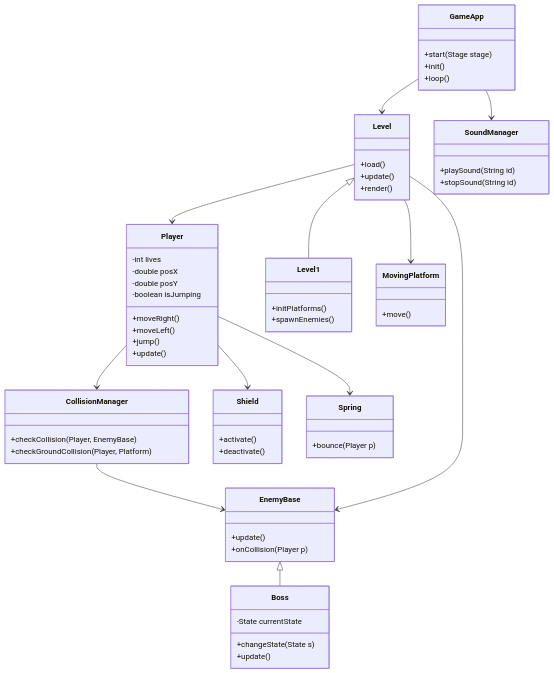
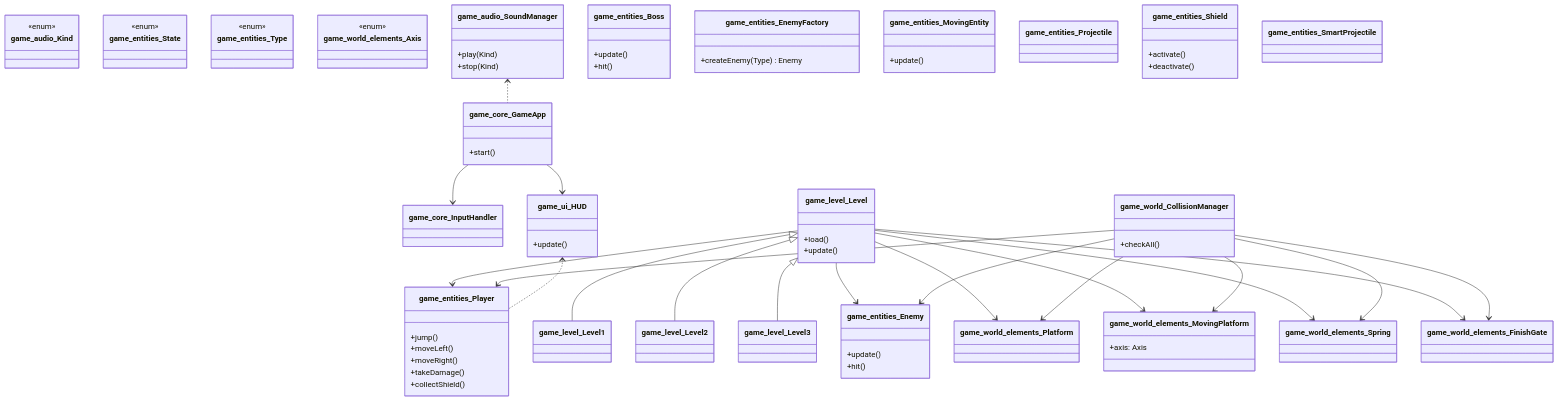
The first of 2 diagrams in README.md (FilippoForcellini/SonicX), drawn with Mermaid before and after one commit. The commit also changed other lines of this file, not shown here.

````diff
--- a/README.md
+++ b/README.md
@@ -43,76 +48,130 @@
 ```mermaid
 classDiagram
-    class GameApp {
-        +start(Stage stage)
-        +init()
-        +loop()
-    }
+%% === Inizio schema importato da "schema UML.mermaid" (ripulito ove opportuno per leggibilità) ===
+class game_audio_Kind {
+    <<enum>>
+}
 
-    class Player {
-        -int lives
-        -double posX
-        -double posY
-        -boolean isJumping
-        +moveRight()
-        +moveLeft()
-        +jump()
-        +update()
-    }
+class game_entities_State {
+    <<enum>>
+}
 
-    class EnemyBase {
-        +update()
-        +onCollision(Player p)
-    }
+class game_entities_Type {
+    <<enum>>
+}
 
-    class Boss {
-        -State currentState
-        +changeState(State s)
-        +update()
-    }
+class game_world_elements_Axis {
+    <<enum>>
+}
 
-    class Level {
-        +load()
-        +update()
-        +render()
-    }
+class game_audio_SoundManager {
+    +play(Kind)
+    +stop(Kind)
+}
 
-    class Level1 {
-        +initPlatforms()
-        +spawnEnemies()
-    }
+class game_core_GameApp {
+    +start()
+}
 
-    class CollisionManager {
-        +checkCollision(Player, EnemyBase)
-        +checkGroundCollision(Player, Platform)
-    }
+class game_core_InputHandler
 
-    class Shield {
-        +activate()
-        +deactivate()
-    }
+class game_entities_Boss {
+    +update()
+    +hit()
+}
 
-    class Spring {
-        +bounce(Player p)
-    }
+class game_entities_Enemy {
+    +update()
+    +hit()
+}
 
-    class MovingPlatform {
-        +move()
-    }
+class game_entities_EnemyFactory {
+    +createEnemy(Type) Enemy
+}
 
-    class SoundManager {
-        +playSound(String id)
-        +stopSound(String id)
-    }
+class game_entities_MovingEntity {
+    +update()
+}
 
-    GameApp --> Level
-    Level <|-- Level1
-    Player --> Shield
-    Player --> Spring
-    Player --> CollisionManager
-    CollisionManager --> EnemyBase
-    EnemyBase <|-- Boss
-    Level --> Player
-    Level --> EnemyBase
-    Level --> MovingPlatform
-    GameApp --> SoundManager
+class game_entities_Player {
+    +jump()
+    +moveLeft()
+    +moveRight()
+    +takeDamage()
+    +collectShield()
+}
+
+class game_entities_Projectile
+
+class game_entities_Shield {
+    +activate()
+    +deactivate()
+}
+
+class game_entities_SmartProjectile
+
+class game_level_Level {
+    +load()
+    +update()
+}
+
+class game_level_Level1
+class game_level_Level2
+class game_level_Level3
+
+class game_ui_HUD {
+    +update()
+}
+
+class game_world_CollisionManager {
+    +checkAll()
+}
+
+class game_world_elements_FinishGate
+class game_world_elements_MovingPlatform {
+    +axis: Axis
+}
+class game_world_elements_Platform
+class game_world_elements_Spring
+
+%% Relazioni principali
+
+game_core_GameApp --> game_core_InputHandler
+game_core_GameApp --> game_ui_HUD
+
+game_level_Level <|-- game_level_Level1
+game_level_Level <|-- game_level_Level2
+game_level_Level <|-- game_level_Level3
+
+game_level_Level --> game_entities_Player
+
+game_level_Level --> game_entities_Enemy
+
+game_level_Level --> game_world_elements_Platform
+
+game_level_Level --> game_world_elements_MovingPlatform
+
+game_level_Level --> game_world_elements_Spring
+
+game_level_Level --> game_world_elements_FinishGate
+
+%% Collisioni/Interazioni
+
+game_world_CollisionManager --> game_entities_Player
+
+game_world_CollisionManager --> game_entities_Enemy
+
+game_world_CollisionManager --> game_world_elements_Platform
+
+game_world_CollisionManager --> game_world_elements_MovingPlatform
+
+game_world_CollisionManager --> game_world_elements_Spring
+
+game_world_CollisionManager --> game_world_elements_FinishGate
+
+%% Audio/HUD
+
+game_audio_SoundManager <.. game_core_GameApp
+
+game_ui_HUD <.. game_entities_Player
 ```
````
